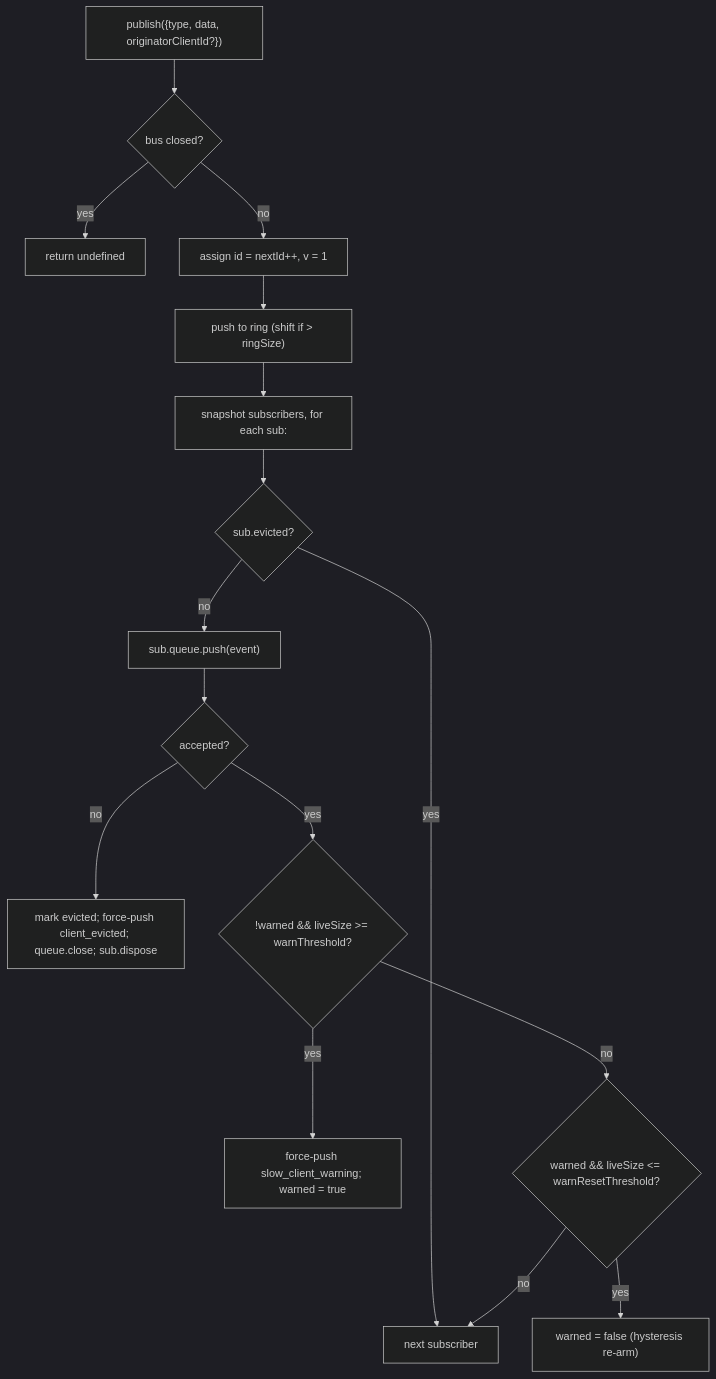
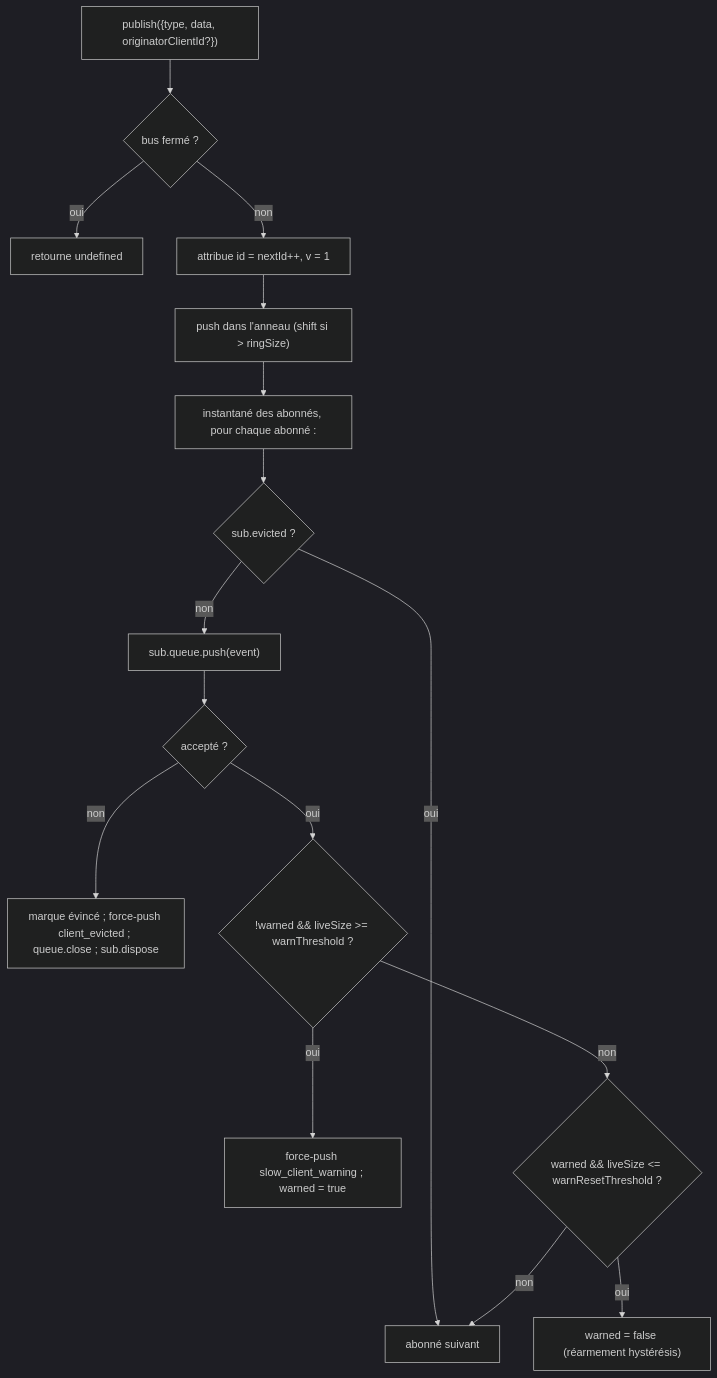
One commit to QwenLM/qwen-code-docs changed the first of 2 diagrams in website/content/fr/developers/daemon/10-event-bus.md. Above: the diagram before and after it, drawn with Mermaid (dark theme). The commit also changed other lines of this file and 1077 other files, not shown here.

````diff
--- a/website/content/fr/developers/daemon/10-event-bus.md
+++ b/website/content/fr/developers/daemon/10-event-bus.md
@@ -68,18 +69,18 @@
 ```mermaid
 flowchart TD
-    P["publish({type, data, originatorClientId?})"] --> C{"bus closed?"}
-    C -->|yes| RU["return undefined"]
-    C -->|no| AID["assign id = nextId++, v = 1"]
-    AID --> PR["push to ring (shift if > ringSize)"]
-    PR --> FAN["snapshot subscribers, for each sub:"]
-    FAN --> EVCK{"sub.evicted?"}
-    EVCK -->|yes| NEXT[next subscriber]
-    EVCK -->|no| PUSH["sub.queue.push(event)"]
-    PUSH --> OK{"accepted?"}
-    OK -->|no| EVICT["mark evicted; force-push client_evicted; queue.close; sub.dispose"]
-    OK -->|yes| WARN{"!warned && liveSize >= warnThreshold?"}
-    WARN -->|yes| FW["force-push slow_client_warning; warned = true"]
-    WARN -->|no| RES{"warned && liveSize <= warnResetThreshold?"}
-    RES -->|yes| RA["warned = false (hysteresis re-arm)"]
-    RES -->|no| NEXT
+    P["publish({type, data, originatorClientId?})"] --> C{"bus fermé ?"}
+    C -->|oui| RU["retourne undefined"]
+    C -->|non| AID["attribue id = nextId++, v = 1"]
+    AID --> PR["push dans l'anneau (shift si > ringSize)"]
+    PR --> FAN["instantané des abonnés, pour chaque abonné :"]
+    FAN --> EVCK{"sub.evicted ?"}
+    EVCK -->|oui| NEXT[abonné suivant]
+    EVCK -->|non| PUSH["sub.queue.push(event)"]
+    PUSH --> OK{"accepté ?"}
+    OK -->|non| EVICT["marque évincé ; force-push client_evicted ; queue.close ; sub.dispose"]
+    OK -->|oui| WARN{"!warned && liveSize >= warnThreshold ?"}
+    WARN -->|oui| FW["force-push slow_client_warning ; warned = true"]
+    WARN -->|non| RES{"warned && liveSize <= warnResetThreshold ?"}
+    RES -->|oui| RA["warned = false (réarmement hystérésis)"]
+    RES -->|non| NEXT
 ```
````
